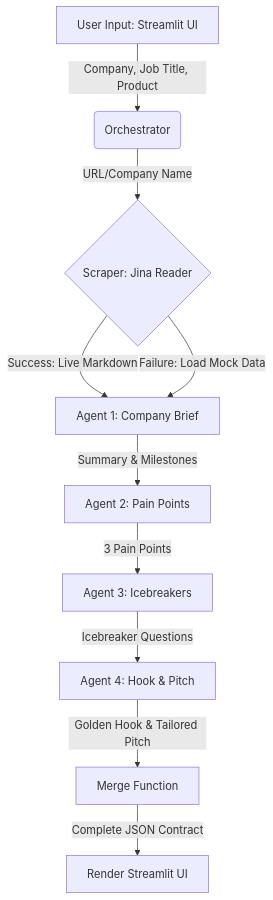
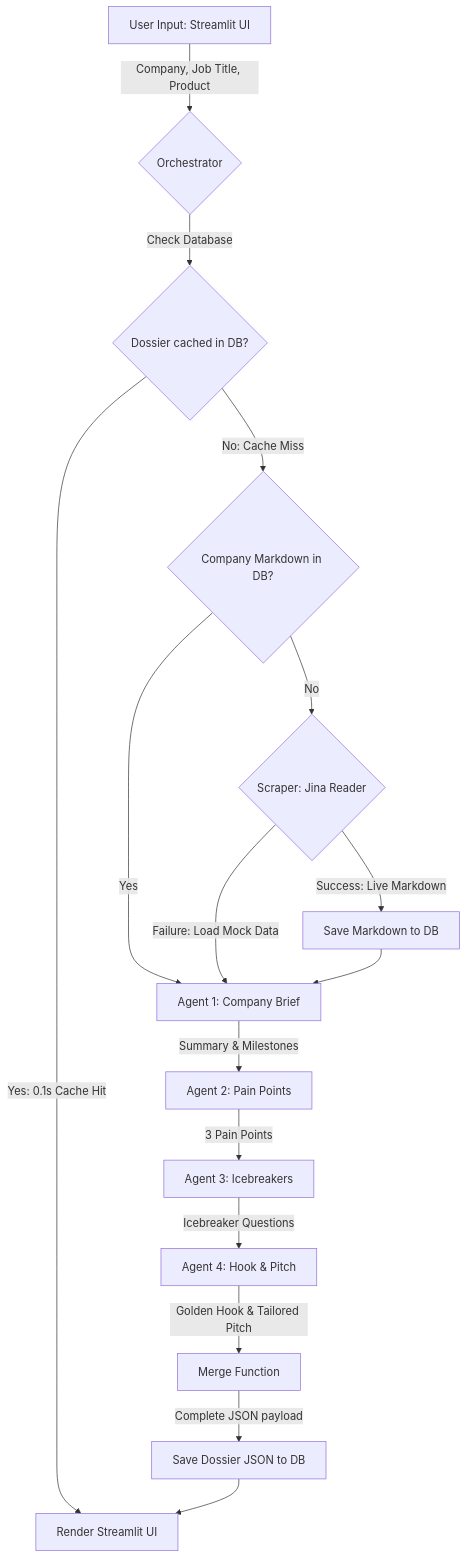
Before and after one commit to RJ-Guy/ConsulBot: the diagram in 1Overview/build_plan.md, drawn with Mermaid. The commit also changed other lines of this file and 15 other files, not shown here.

````diff
--- a/1Overview/build_plan.md
+++ b/1Overview/build_plan.md
@@ -25,12 +28,24 @@
 ```mermaid
 graph TD
-    A[User Input: Streamlit UI] -->|Company, Job Title, Product| B(Orchestrator)
-    B -->|URL/Company Name| C{Scraper: Jina Reader}
-    C -->|Success: Live Markdown| D[Agent 1: Company Brief]
+    A[User Input: Streamlit UI] -->|Company, Job Title, Product| B{Orchestrator}
+    B -->|Check Database| DB_Dossier{Dossier cached in DB?}
+    
+    DB_Dossier -->|Yes: 0.1s Cache Hit| I[Render Streamlit UI]
+    
+    DB_Dossier -->|No: Cache Miss| DB_Markdown{Company Markdown in DB?}
+    
+    DB_Markdown -->|Yes| D[Agent 1: Company Brief]
+    DB_Markdown -->|No| C{Scraper: Jina Reader}
+    
+    C -->|Success: Live Markdown| Write_Markdown[Save Markdown to DB]
     C -->|Failure: Load Mock Data| D
+    
+    Write_Markdown --> D
+    
     D -->|Summary & Milestones| E[Agent 2: Pain Points]
     E -->|3 Pain Points| F[Agent 3: Icebreakers]
     F -->|Icebreaker Questions| G[Agent 4: Hook & Pitch]
     G -->|Golden Hook & Tailored Pitch| H[Merge Function]
-    H -->|Complete JSON Contract| I[Render Streamlit UI]
+    H -->|Complete JSON payload| Write_Dossier[Save Dossier JSON to DB]
+    Write_Dossier --> I
 ```
````
